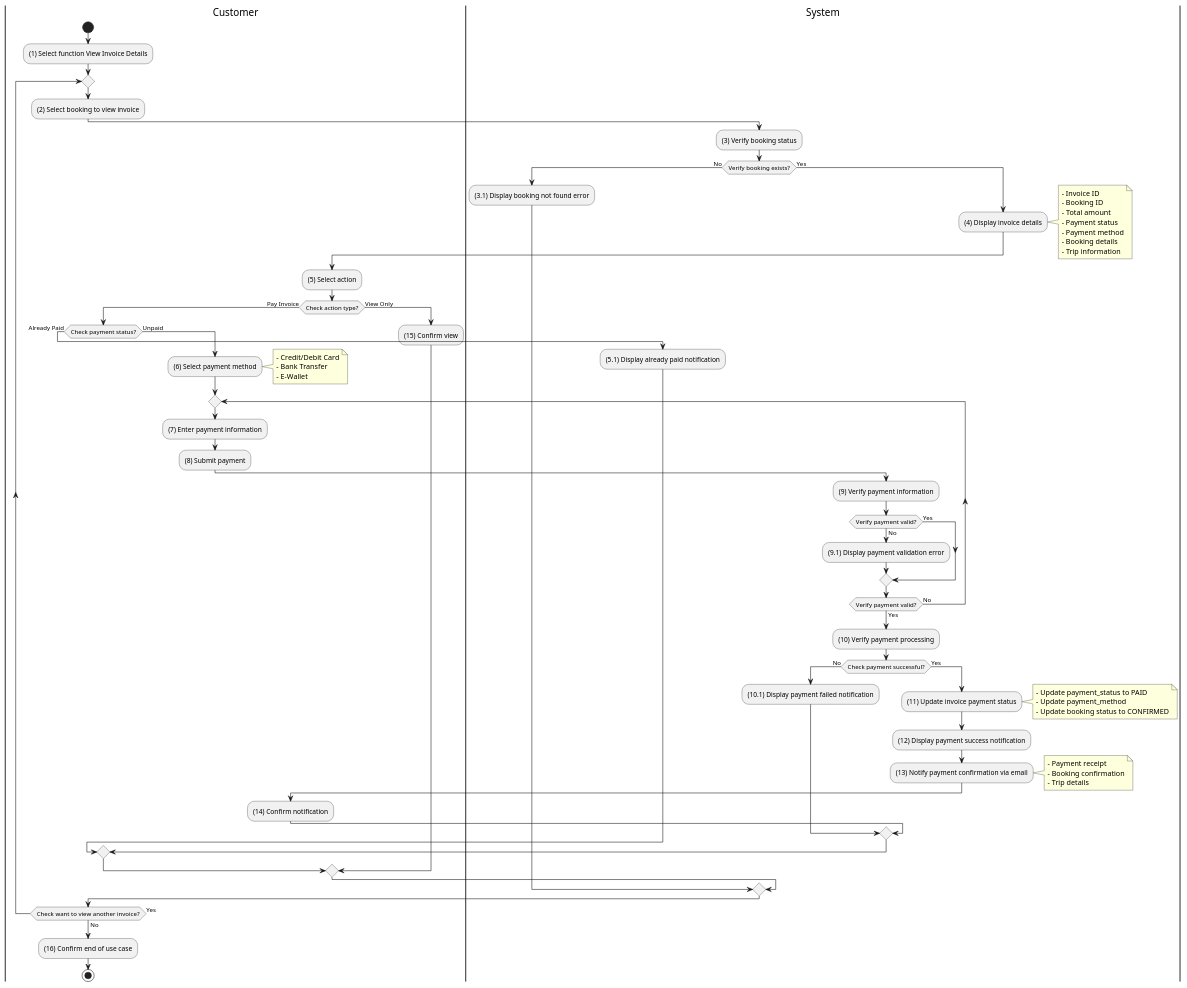
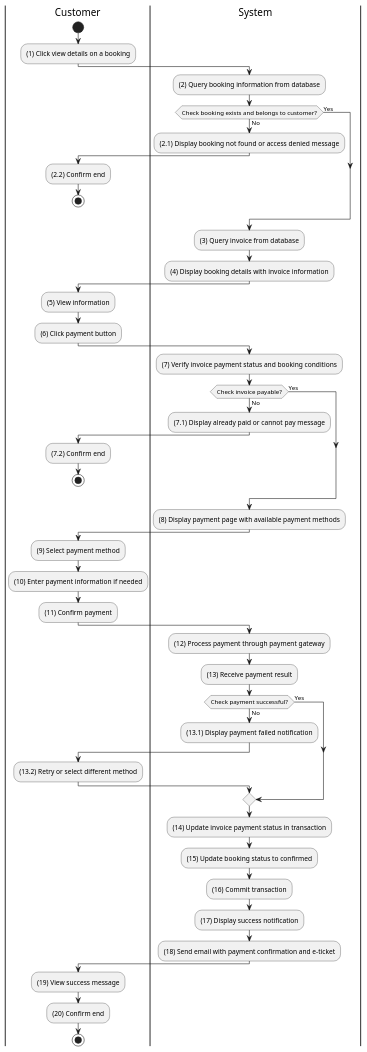
Before and after one commit to SE357-TMS/SE357-TMS.github.io: the diagram in docs/docs/activity/manage-personal-booking/view-and-pay-booking-invoice-details.md, drawn with PlantUML. The commit also changed 18 other files, not shown here.

First line of the commit message:
feat: update activity diagrams and config for booking management

```diff
--- a/docs/docs/activity/manage-personal-booking/view-and-pay-booking-invoice-details.md
+++ b/docs/docs/activity/manage-personal-booking/view-and-pay-booking-invoice-details.md
@@ -8,91 +8,83 @@
 |C|
 start
 
-:(1) Select function View Invoice Details;
+:(1) Click view details on a booking;
 
-repeat
-  :(2) Select booking to view invoice;
+|S|
+:(2) Query booking information from database;
+
+if (Check booking exists and belongs to customer?) then (No)
+  :(2.1) Display booking not found or access denied message;
+
+  |C|
+  :(2.2) Confirm end;
+
+  stop
+else (Yes)
+endif
+
+|S|
+:(3) Query invoice from database;
+
+:(4) Display booking details with invoice information;
+
+|C|
+:(5) View information;
+
+:(6) Click payment button;
+
+|S|
+:(7) Verify invoice payment status and booking conditions;
+
+if (Check invoice payable?) then (No)
+  :(7.1) Display already paid or cannot pay message;
+
+  |C|
+  :(7.2) Confirm end;
+
+  stop
+else (Yes)
+endif
+
+|S|
+:(8) Display payment page with available payment methods;
+
+|C|
+:(9) Select payment method;
+
+:(10) Enter payment information if needed;
+
+:(11) Confirm payment;
+
+|S|
+:(12) Process payment through payment gateway;
+
+:(13) Receive payment result;
+
+if (Check payment successful?) then (No)
+  :(13.1) Display payment failed notification;
+
+  |C|
+  :(13.2) Retry or select different method;
 
   |S|
-  :(3) Verify booking status;
+else (Yes)
+endif
 
-  if (Verify booking exists?) then (No)
-    :(3.1) Display booking not found error;
-    |C|
-  else (Yes)
-    |S|
-    :(4) Display invoice details;
-    note right
-      - Invoice ID
-      - Booking ID
-      - Total amount
-      - Payment status
-      - Payment method
-      - Booking details
-      - Trip information
-    end note
+:(14) Update invoice payment status in transaction;
 
-    |C|
-    :(5) Select action;
+:(15) Update booking status to confirmed;
 
-    if (Check action type?) then (Pay Invoice)
-      if (Check payment status?) then (Already Paid)
-        |S|
-        :(5.1) Display already paid notification;
-        |C|
-      else (Unpaid)
-        |C|
-        :(6) Select payment method;
-        note right
-          - Credit/Debit Card
-          - Bank Transfer
-          - E-Wallet
-        end note
+:(16) Commit transaction;
 
-        repeat
-          :(7) Enter payment information;
-          :(8) Submit payment;
+:(17) Display success notification;
 
-          |S|
-          :(9) Verify payment information;
-          if (Verify payment valid?) then (No)
-            :(9.1) Display payment validation error;
-          else (Yes)
-          endif
-        repeat while (Verify payment valid?) is (No) not (Yes)
+:(18) Send email with payment confirmation and e-ticket;
 
-        :(10) Verify payment processing;
-        if (Check payment successful?) then (No)
-          :(10.1) Display payment failed notification;
-          |C|
-        else (Yes)
-          |S|
-          :(11) Update invoice payment status;
-          note right
-            - Update payment_status to PAID
-            - Update payment_method
-            - Update booking status to CONFIRMED
-          end note
-          :(12) Display payment success notification;
-          :(13) Notify payment confirmation via email;
-          note right
-            - Payment receipt
-            - Booking confirmation
-            - Trip details
-          end note
+|C|
+:(19) View success message;
 
-          |C|
-          :(14) Confirm notification;
-        endif
-      endif
-    else (View Only)
-      |C|
-      :(15) Confirm view;
-    endif
-  endif
-repeat while (Check want to view another invoice?) is (Yes) not (No)
-
-:(16) Confirm end of use case;
+:(20) Confirm end;
 
 stop
 
```
